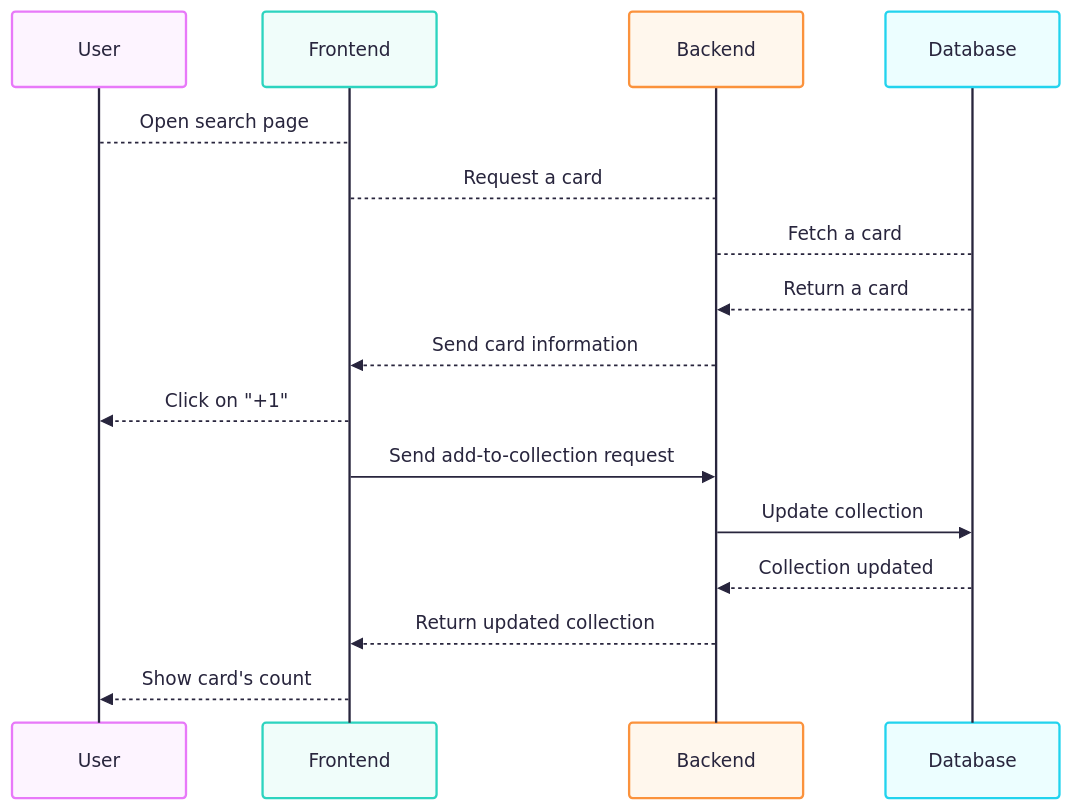
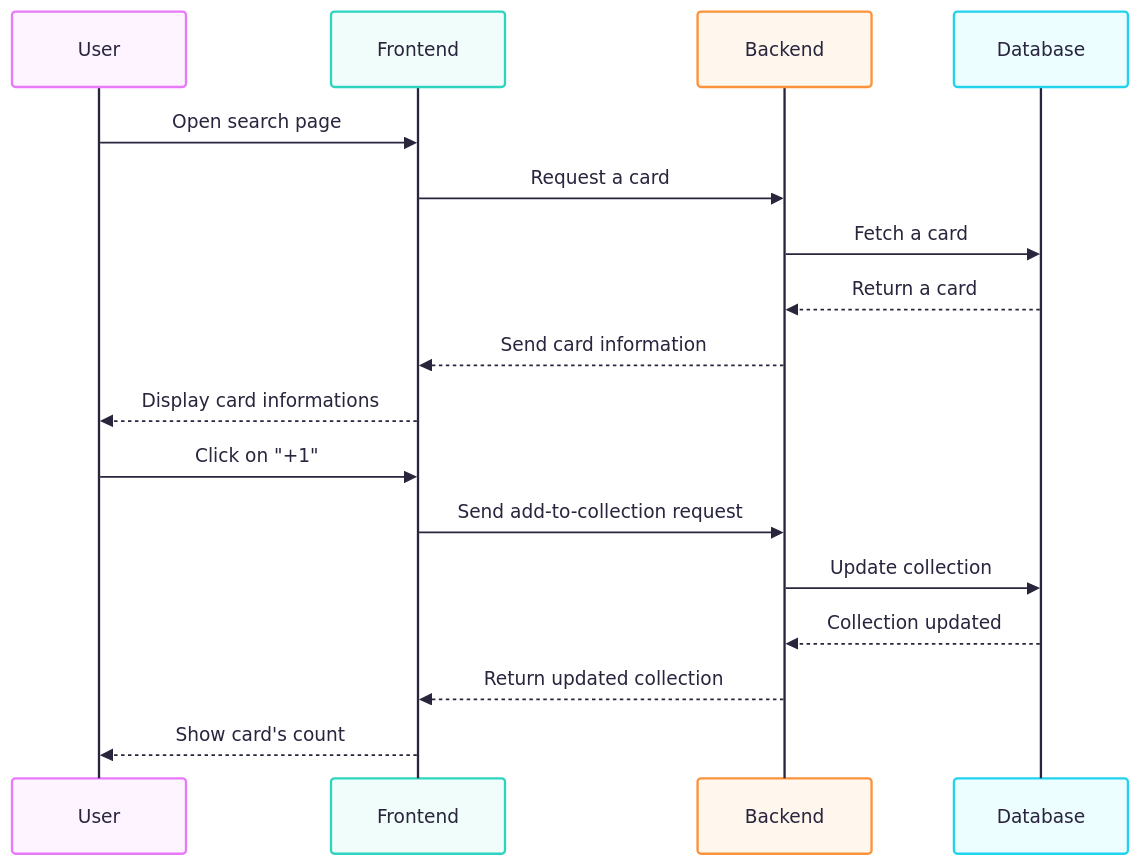
One commit to Franck-dev-hub/card_vault changed the second of 3 diagrams in docs/Stage_3.md. Above: the diagram before and after it, drawn with Mermaid. The commit also changed other lines of this file, not shown here.

Commit message:
fix(stage3): update 4.2 diagram title + fix user / frontend relation

````diff
--- a/docs/Stage_3.md
+++ b/docs/Stage_3.md
@@ -49,24 +49,25 @@
 ```mermaid
 ---
 config:
   theme: redux-color
   look: handDrawn
 ---
 sequenceDiagram
   participant User
   participant Frontend
   participant Backend
   participant Database
         
-  User-->Frontend: Open search page
-  Frontend-->Backend: Request a card
-  Backend-->Database: Fetch a card
+  User->>Frontend: Open search page
+  Frontend->>Backend: Request a card
+  Backend->>Database: Fetch a card
   Database-->>Backend: Return a card
   Backend-->>Frontend: Send card information
-  Frontend-->>User: Click on "+1"
+  Frontend-->>User: Display card informations
+  User->>Frontend: Click on "+1"
   Frontend->>Backend: Send add-to-collection request
   Backend->>Database: Update collection
   Database-->>Backend: Collection updated
   Backend-->>Frontend: Return updated collection
   Frontend-->>User: Show card's count
 ```
````
